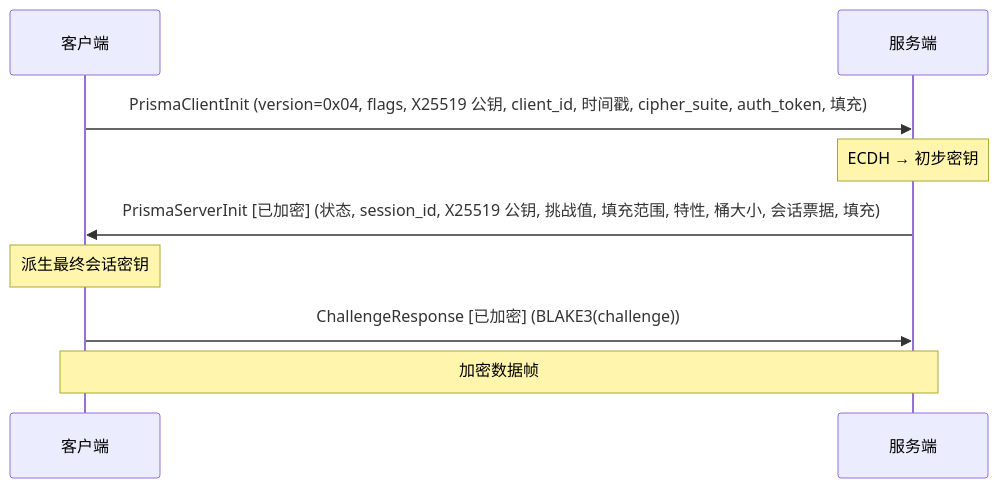
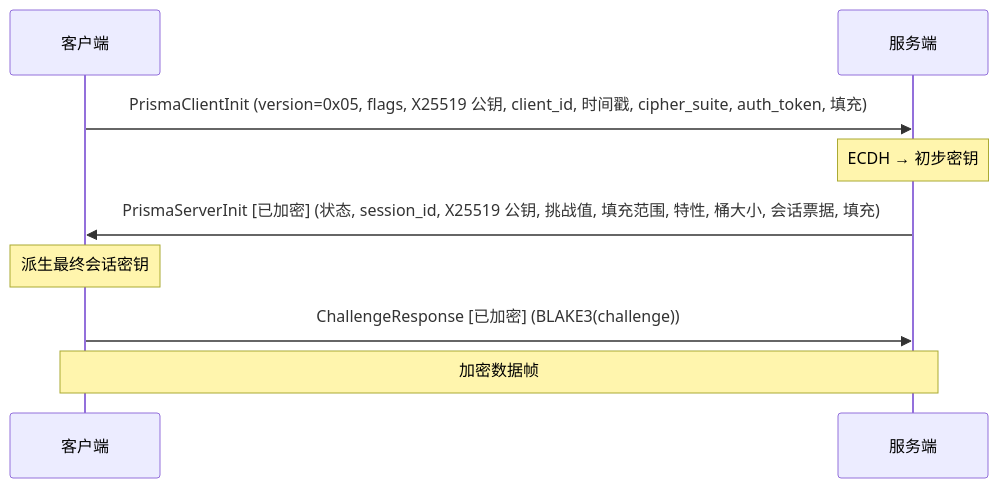
Before and after one commit to prisma-proxy/prisma: the first of 2 diagrams in prisma-docs/i18n/zh-Hans/docusaurus-plugin-content-docs/current/security/prismaveil-protocol.md, drawn with Mermaid. The commit also changed other lines of this file and 216 other files, not shown here.

````diff
--- a/prisma-docs/i18n/zh-Hans/docusaurus-plugin-content-docs/current/security/prismaveil-protocol.md
+++ b/prisma-docs/i18n/zh-Hans/docusaurus-plugin-content-docs/current/security/prismaveil-protocol.md
@@ -20,12 +20,12 @@
 ```mermaid
 sequenceDiagram
     participant C as 客户端
     participant S as 服务端
 
-    C->>S: PrismaClientInit (version=0x04, flags, X25519 公钥, client_id, 时间戳, cipher_suite, auth_token, 填充)
+    C->>S: PrismaClientInit (version=0x05, flags, X25519 公钥, client_id, 时间戳, cipher_suite, auth_token, 填充)
     Note over S: ECDH → 初步密钥
     S->>C: PrismaServerInit [已加密] (状态, session_id, X25519 公钥, 挑战值, 填充范围, 特性, 桶大小, 会话票据, 填充)
     Note over C: 派生最终会话密钥
     C->>S: ChallengeResponse [已加密] (BLAKE3(challenge))
     Note over C,S: 加密数据帧
 ```
````
